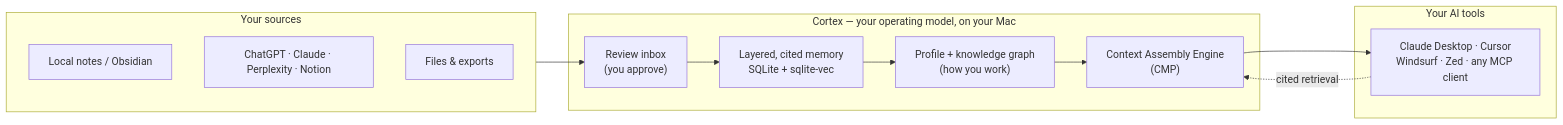
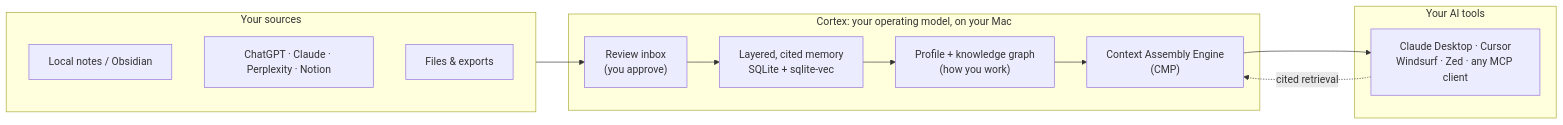
Before and after one commit to sarptandoven/cortex-app: the diagram in README.md, drawn with Mermaid. The commit also changed other lines of this file, not shown here.

First line of the commit message:
docs: concise operating-model README (dreaming/consolidation, associative recall, CMP)

````diff
--- a/README.md
+++ b/README.md
@@ -88,19 +79,19 @@
 ```mermaid
 flowchart LR
     subgraph SOURCES["Your sources"]
       A1["Local notes / Obsidian"]
       A2["ChatGPT · Claude · Perplexity · Notion"]
       A3["Files & exports"]
     end
-    subgraph CORTEX["Cortex — your operating model, on your Mac"]
+    subgraph CORTEX["Cortex: your operating model, on your Mac"]
       B1["Review inbox<br/>(you approve)"]
       B2["Layered, cited memory<br/>SQLite + sqlite-vec"]
       B4["Profile + knowledge graph<br/>(how you work)"]
       B3["Context Assembly Engine<br/>(CMP)"]
     end
     subgraph TOOLS["Your AI tools"]
       C1["Claude Desktop · Cursor<br/>Windsurf · Zed · any MCP client"]
     end
     SOURCES --> B1 --> B2 --> B4 --> B3 --> C1
     C1 -. "cited retrieval" .-> B3
 ```
````
